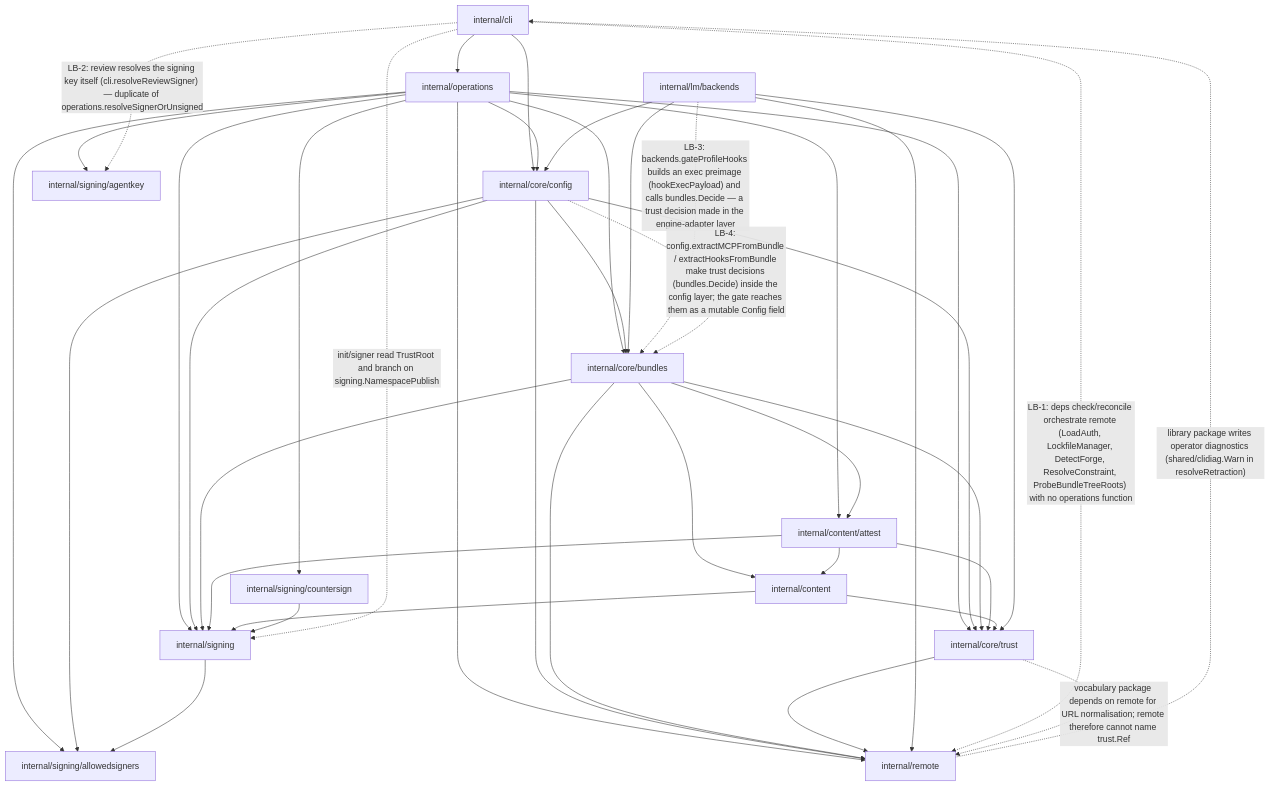
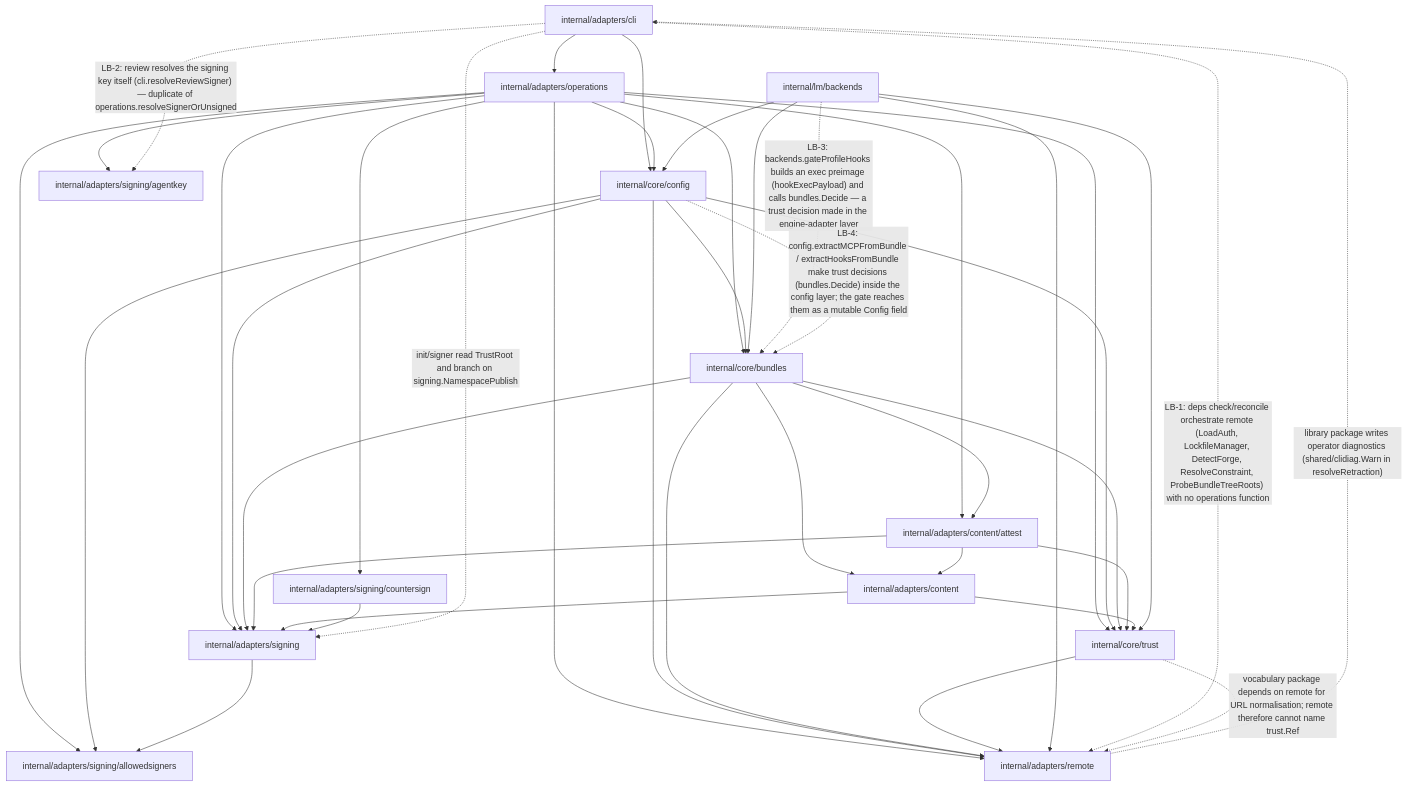
The fifth of 6 diagrams in docs/architecture/audit-2026-09-18/05-trust-signing-remote.md (ctxloom/ctxloom), drawn with Mermaid before and after one commit. The commit also changed other lines of this file and 2489 other files, not shown here.

First line of the commit message:
refactor(arch): move the adapters ring into internal/adapters

````diff
--- a/docs/architecture/audit-2026-09-18/05-trust-signing-remote.md
+++ b/docs/architecture/audit-2026-09-18/05-trust-signing-remote.md
@@ -407,58 +407,58 @@
 ```mermaid
 flowchart TB
-  cli["internal/cli"]
-  ops["internal/operations"]
+  cli["internal/adapters/cli"]
+  ops["internal/adapters/operations"]
   cfg["internal/core/config"]
   bnd["internal/core/bundles"]
   lmb["internal/lm/backends"]
-  rem["internal/remote"]
-  att["internal/content/attest"]
-  cnt["internal/content"]
-  sig["internal/signing"]
-  cs["internal/signing/countersign"]
-  as["internal/signing/allowedsigners"]
-  ak["internal/signing/agentkey"]
+  rem["internal/adapters/remote"]
+  att["internal/adapters/content/attest"]
+  cnt["internal/adapters/content"]
+  sig["internal/adapters/signing"]
+  cs["internal/adapters/signing/countersign"]
+  as["internal/adapters/signing/allowedsigners"]
+  ak["internal/adapters/signing/agentkey"]
   tr["internal/core/trust"]
 
   cli --> ops
   cli --> cfg
   ops --> cfg
   ops --> bnd
   ops --> rem
   ops --> sig
   ops --> cs
   ops --> as
   ops --> ak
   ops --> att
   ops --> tr
   cfg --> bnd
   cfg --> rem
   cfg --> as
   cfg --> sig
   cfg --> tr
   bnd --> sig
   bnd --> att
   bnd --> tr
   bnd --> rem
   bnd --> cnt
   att --> cnt
   att --> sig
   att --> tr
   cnt --> sig
   cnt --> tr
   sig --> as
   cs --> sig
   tr --> rem
   lmb --> cfg
   lmb --> bnd
   lmb --> tr
   lmb --> rem
 
   cli -. "LB-1: deps check/reconcile orchestrate remote (LoadAuth, LockfileManager, DetectForge, ResolveConstraint, ProbeBundleTreeRoots) with no operations function" .-> rem
   cli -. "LB-2: review resolves the signing key itself (cli.resolveReviewSigner) — duplicate of operations.resolveSignerOrUnsigned" .-> ak
   cli -. "init/signer read TrustRoot and branch on signing.NamespacePublish" .-> sig
   lmb -. "LB-3: backends.gateProfileHooks builds an exec preimage (hookExecPayload) and calls bundles.Decide — a trust decision made in the engine-adapter layer" .-> bnd
   cfg -. "LB-4: config.extractMCPFromBundle / extractHooksFromBundle make trust decisions (bundles.Decide) inside the config layer; the gate reaches them as a mutable Config field" .-> bnd
   tr -. "vocabulary package depends on remote for URL normalisation; remote therefore cannot name trust.Ref" .-> rem
   rem -. "library package writes operator diagnostics (shared/clidiag.Warn in resolveRetraction)" .-> cli
 ```
````
